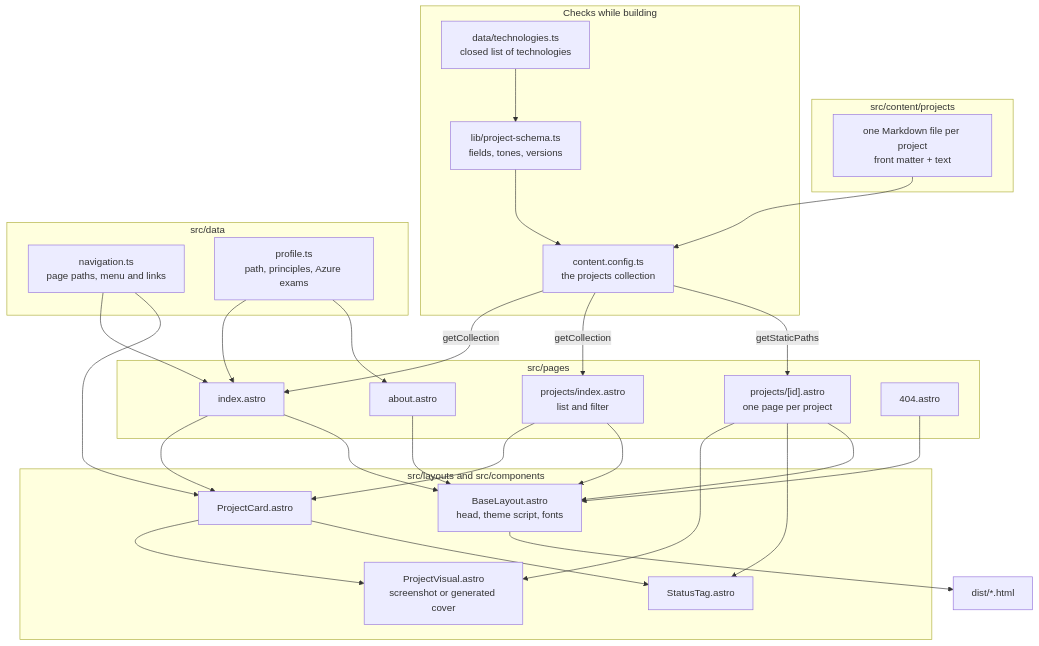
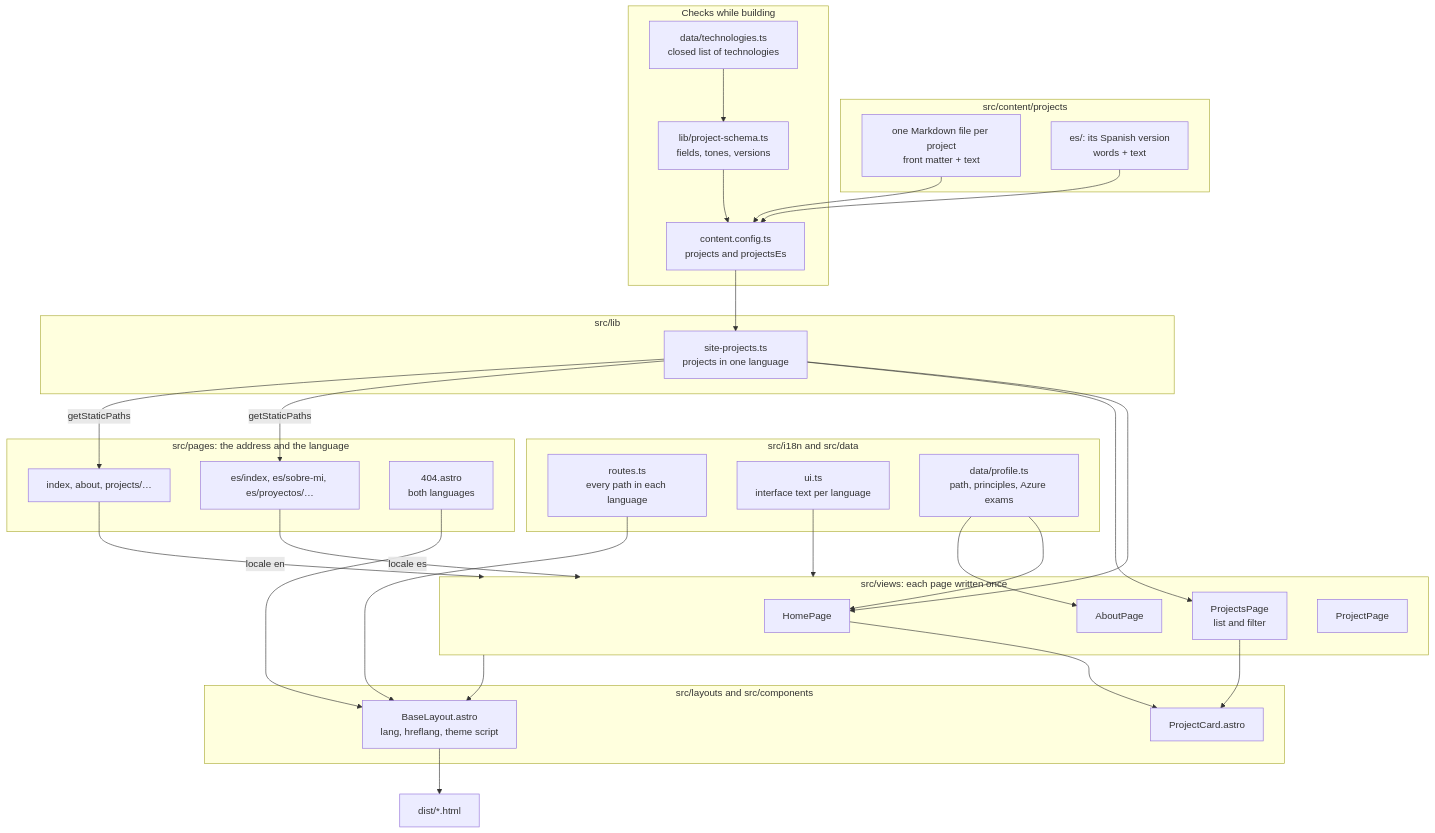
Before and after one commit to zxxdev/zxxdev.github.io: the second of 3 diagrams in docs/architecture.md, drawn with Mermaid. The commit also changed other lines of this file and 49 other files, not shown here.

First line of the commit message:
feat(i18n): serve the site in English and Spanish (#38)

````diff
--- a/docs/architecture.md
+++ b/docs/architecture.md
@@ -33,51 +33,56 @@
 ```mermaid
 flowchart TB
     subgraph content[src/content/projects]
         MD[one Markdown file per project<br/>front matter + text]
+        ES[es/: its Spanish version<br/>words + text]
     end
     subgraph rules[Checks while building]
-        CC[content.config.ts<br/>the projects collection]
+        CC[content.config.ts<br/>projects and projectsEs]
         SC[lib/project-schema.ts<br/>fields, tones, versions]
         TC[data/technologies.ts<br/>closed list of technologies]
     end
-    subgraph data[src/data]
-        N[navigation.ts<br/>page paths, menu and links]
-        P[profile.ts<br/>path, principles, Azure exams]
+    subgraph i18n[src/i18n and src/data]
+        R[routes.ts<br/>every path in each language]
+        U[ui.ts<br/>interface text per language]
+        P[data/profile.ts<br/>path, principles, Azure exams]
     end
-    subgraph pages[src/pages]
-        I[index.astro]
-        AB[about.astro]
-        PL[projects/index.astro<br/>list and filter]
-        PD["projects/[id].astro<br/>one page per project"]
-        NF[404.astro]
+    subgraph lists[src/lib]
+        SP[site-projects.ts<br/>projects in one language]
+    end
+    subgraph views[src/views: each page written once]
+        I[HomePage]
+        AB[AboutPage]
+        PL[ProjectsPage<br/>list and filter]
+        PD[ProjectPage]
+    end
+    subgraph pages[src/pages: the address and the language]
+        PE["index, about, projects/…"]
+        PS["es/index, es/sobre-mi, es/proyectos/…"]
+        NF[404.astro<br/>both languages]
     end
     subgraph shell[src/layouts and src/components]
-        L[BaseLayout.astro<br/>head, theme script, fonts]
+        L[BaseLayout.astro<br/>lang, hreflang, theme script]
         PC[ProjectCard.astro]
-        PV[ProjectVisual.astro<br/>screenshot or generated cover]
-        ST[StatusTag.astro]
     end
 
     MD --> CC
+    ES --> CC
     SC --> CC
     TC --> SC
-    CC -->|getCollection| I
-    CC -->|getCollection| PL
-    CC -->|getStaticPaths| PD
+    CC --> SP
+    SP --> I
+    SP --> PL
+    SP -->|getStaticPaths| PS
+    SP -->|getStaticPaths| PE
+    PE -->|locale en| views
+    PS -->|locale es| views
+    R --> L
+    U --> views
     P --> I
     P --> AB
-    N --> I
-    N --> PC
     I --> PC
     PL --> PC
-    PC --> PV
-    PC --> ST
-    PD --> PV
-    PD --> ST
-    I --> L
-    AB --> L
-    PL --> L
-    PD --> L
+    views --> L
     NF --> L
     L --> O[dist/*.html]
 ```
````
